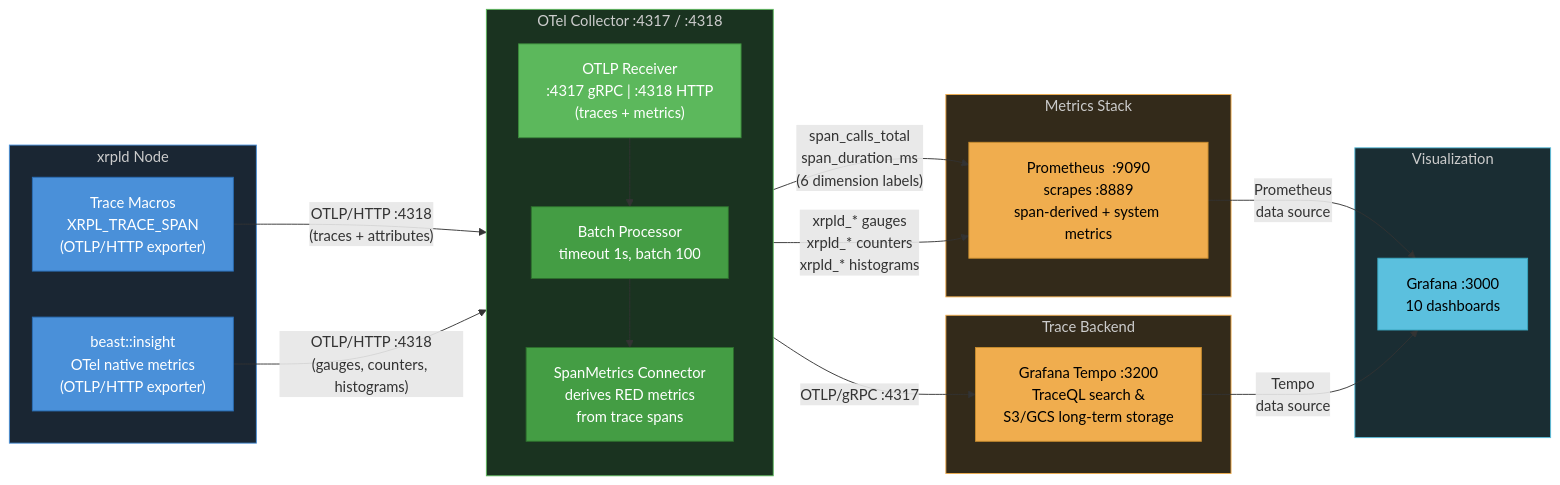
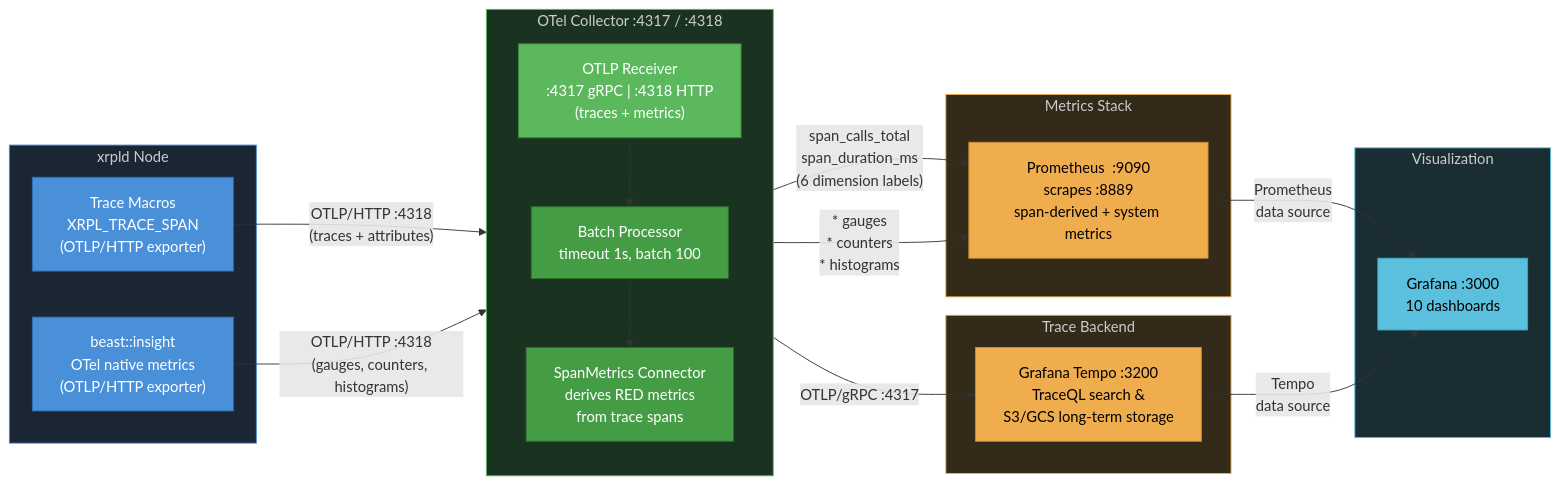
Before and after one commit to XRPLF/rippled: the diagram in OpenTelemetryPlan/09-data-collection-reference.md, drawn with Mermaid. The commit also changed other lines of this file and 7 other files, not shown here.

````diff
--- a/OpenTelemetryPlan/09-data-collection-reference.md
+++ b/OpenTelemetryPlan/09-data-collection-reference.md
@@ -9,54 +9,54 @@
 ```mermaid
 graph LR
     subgraph xrpldNode["xrpld Node"]
         A["Trace Macros<br/>XRPL_TRACE_SPAN<br/>(OTLP/HTTP exporter)"]
         B["beast::insight<br/>OTel native metrics<br/>(OTLP/HTTP exporter)"]
     end
 
     subgraph collector["OTel Collector  :4317 / :4318"]
         direction TB
         R1["OTLP Receiver<br/>:4317 gRPC  |  :4318 HTTP<br/>(traces + metrics)"]
         BP["Batch Processor<br/>timeout 1s, batch 100"]
         SM["SpanMetrics Connector<br/>derives RED metrics<br/>from trace spans"]
 
         R1 --> BP
         BP --> SM
     end
 
     subgraph backends["Trace Backend"]
         D["Grafana Tempo  :3200<br/>TraceQL search &<br/>S3/GCS long-term storage"]
     end
 
     subgraph metrics["Metrics Stack"]
         E["Prometheus  :9090<br/>scrapes :8889<br/>span-derived + system metrics"]
     end
 
     subgraph viz["Visualization"]
         F["Grafana  :3000<br/>10 dashboards"]
     end
 
     A -->|"OTLP/HTTP :4318<br/>(traces + attributes)"| R1
     B -->|"OTLP/HTTP :4318<br/>(gauges, counters, histograms)"| R1
 
     BP -->|"OTLP/gRPC :4317"| D
 
     SM -->|"span_calls_total<br/>span_duration_ms<br/>(6 dimension labels)"| E
-    R1 -->|"xrpld_* gauges<br/>xrpld_* counters<br/>xrpld_* histograms"| E
+    R1 -->|"* gauges<br/>* counters<br/>* histograms"| E
 
     E -->|"Prometheus<br/>data source"| F
     D -->|"Tempo<br/>data source"| F
 
     style A fill:#4a90d9,color:#fff,stroke:#2a6db5
     style B fill:#4a90d9,color:#fff,stroke:#2a6db5
     style R1 fill:#5cb85c,color:#fff,stroke:#3d8b3d
     style BP fill:#449d44,color:#fff,stroke:#2d6e2d
     style SM fill:#449d44,color:#fff,stroke:#2d6e2d
     style D fill:#f0ad4e,color:#000,stroke:#c78c2e
     style E fill:#f0ad4e,color:#000,stroke:#c78c2e
     style F fill:#5bc0de,color:#000,stroke:#3aa8c1
     style xrpldNode fill:#1a2633,color:#ccc,stroke:#4a90d9
     style collector fill:#1a3320,color:#ccc,stroke:#5cb85c
     style backends fill:#332a1a,color:#ccc,stroke:#f0ad4e
     style metrics fill:#332a1a,color:#ccc,stroke:#f0ad4e
     style viz fill:#1a2d33,color:#ccc,stroke:#5bc0de
 ```
````
